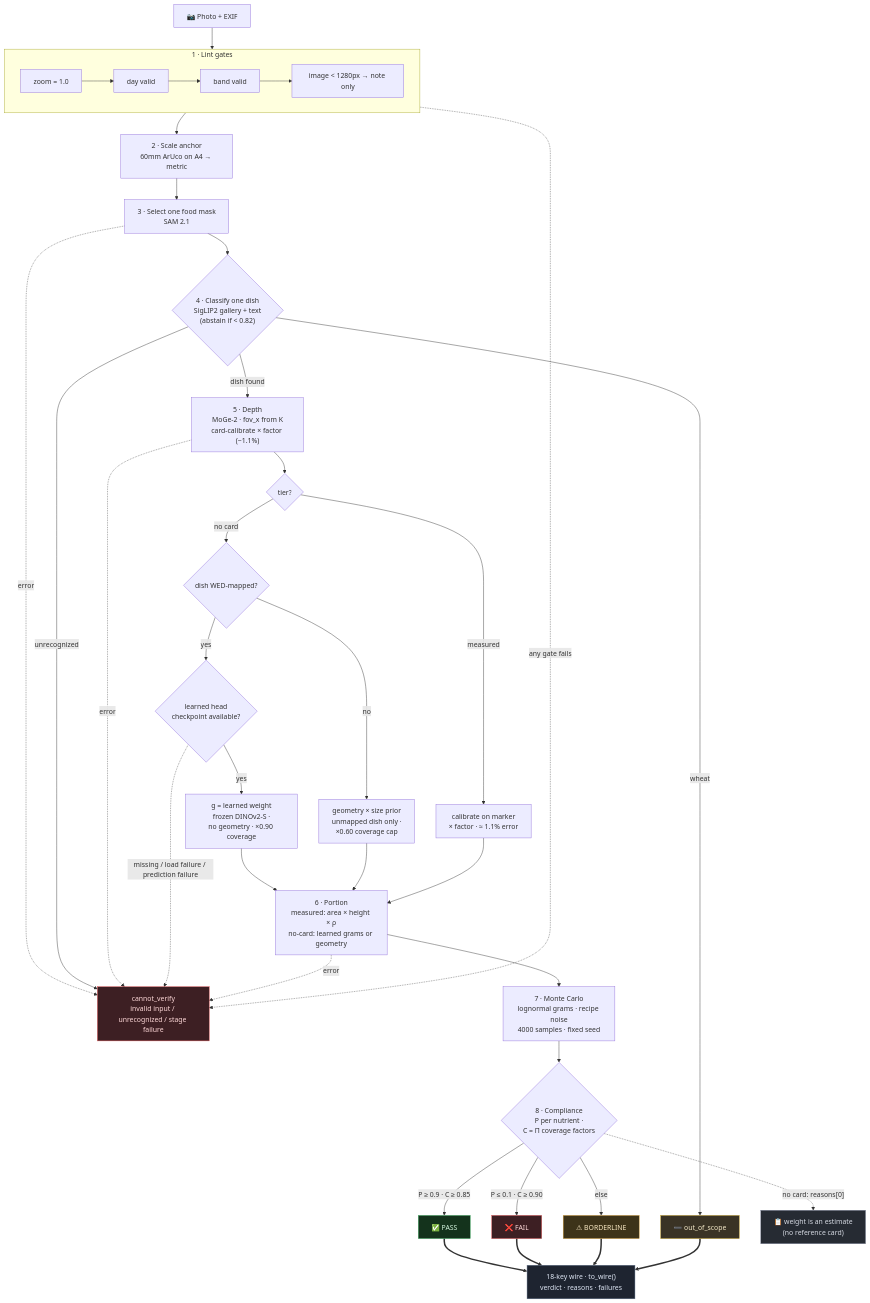
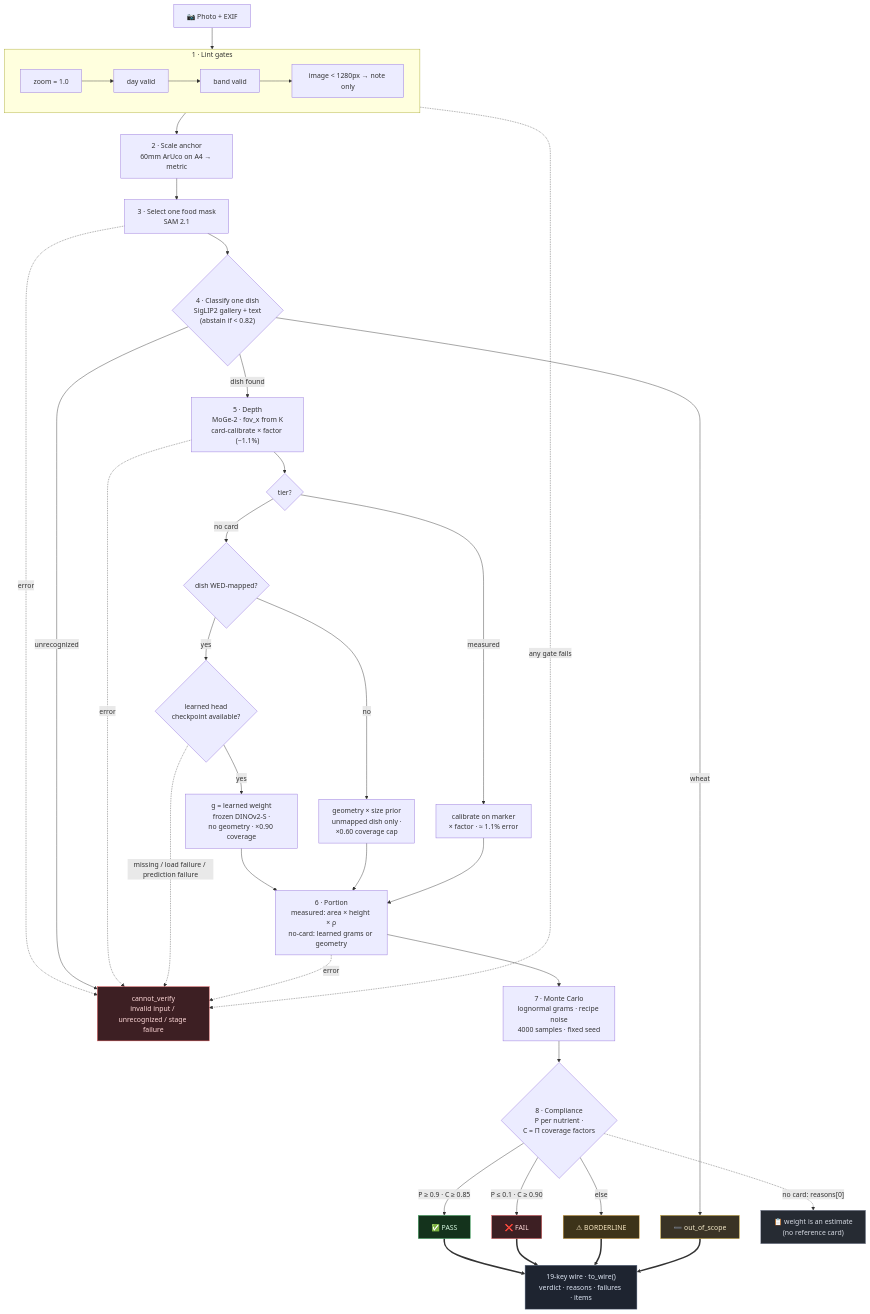
The diagram in README.md (Lion4467cat/NutriSense), drawn with Mermaid before and after one commit. The commit also changed other lines of this file and 8 other files, not shown here.

````diff
--- a/README.md
+++ b/README.md
@@ -36,59 +36,59 @@
 ```mermaid
 flowchart TD
     IMG["📷 Photo + EXIF"] --> L1
 
     subgraph LINT["1 · Lint gates"]
         direction LR
         L1["zoom = 1.0"] --> L2["day valid"] --> L3["band valid"]
         L3 --> L4["image < 1280px → note only"]
     end
 
     LINT -.->|"any gate fails"| CANNOT
     L4 --> A["2 · Scale anchor<br/>60mm ArUco on A4 → metric"]
 
     A --> SEG["3 · Select one food mask<br/>SAM 2.1"]
     SEG -.->|error| CANNOT
     SEG --> CLS{"4 · Classify one dish<br/>SigLIP2 gallery + text<br/>(abstain if < 0.82)"}
     CLS -->|"unrecognized"| CANNOT
     CLS -->|wheat| OOS["➖ out_of_scope"]
     CLS -->|dish found| DEPTH["5 · Depth<br/>MoGe-2 · fov_x from K<br/>card-calibrate × factor (~1.1%)"]
     DEPTH -.->|error| CANNOT
     DEPTH --> TIER{"tier?"}
     TIER -->|measured| CAL["calibrate on marker<br/>× factor · ≈ 1.1% error"]
     TIER -->|no card| MAP{"dish WED-mapped?"}
     MAP -->|yes| HEAD{"learned head<br/>checkpoint available?"}
     HEAD -->|yes| LEARN["g = learned weight<br/>frozen DINOv2-S ·<br/>no geometry · ×0.90 coverage"]
     HEAD -.->|missing / load failure / prediction failure| CANNOT
     MAP -->|no| NOCAL["geometry × size prior<br/>unmapped dish only ·<br/>×0.60 coverage cap"]
     LEARN --> PORT
     NOCAL --> PORT
     CAL --> PORT["6 · Portion<br/>measured: area × height × ρ<br/>no-card: learned grams or geometry"]
     PORT -.->|error| CANNOT
     PORT --> MC["7 · Monte Carlo<br/>lognormal grams · recipe noise<br/>4000 samples · fixed seed"]
 
     MC --> VER{"8 · Compliance<br/>P per nutrient ·<br/>C = Π coverage factors"}
     VER -->|"P ≥ 0.9 · C ≥ 0.85"| PASS["✅ PASS"]
     VER -->|"P ≤ 0.1 · C ≥ 0.90"| FAIL["❌ FAIL"]
     VER -->|else| BORD["⚠ BORDERLINE"]
     VER -.->|"no card: reasons[0]"| DISC["📋 weight is an estimate<br/>(no reference card)"]
 
-    PASS ==> WIRE["18-key wire · to_wire()<br/>verdict · reasons · failures"]
+    PASS ==> WIRE["19-key wire · to_wire()<br/>verdict · reasons · failures · items"]
     FAIL ==> WIRE
     BORD ==> WIRE
     OOS ==> WIRE
     CANNOT["cannot_verify<br/>invalid input / unrecognized / stage failure"]
 
     classDef err fill:#3d1f23,stroke:#e05252,color:#ffd9d9
     classDef oos fill:#3a3325,stroke:#c9a227,color:#f5e9c8
     classDef ok fill:#14331c,stroke:#3fae62,color:#d4f5df
     classDef warn fill:#3d3319,stroke:#d9a13a,color:#fae9c4
     classDef wire fill:#1e2430,stroke:#5b6b85,color:#dfe7f5
     classDef neutral fill:#262b33,stroke:#8b93a7,color:#d7dbe4
     class OOS oos
     class PASS ok
     class FAIL err
     class BORD warn
     class DISC neutral
     class WIRE wire
     class CANNOT err
 ```
````
